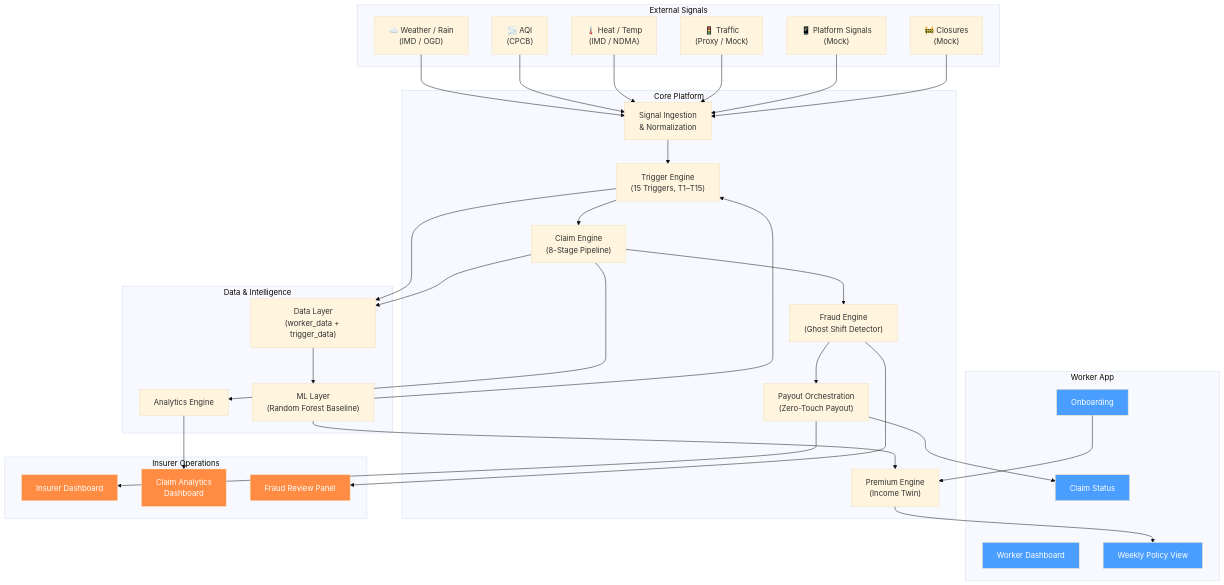
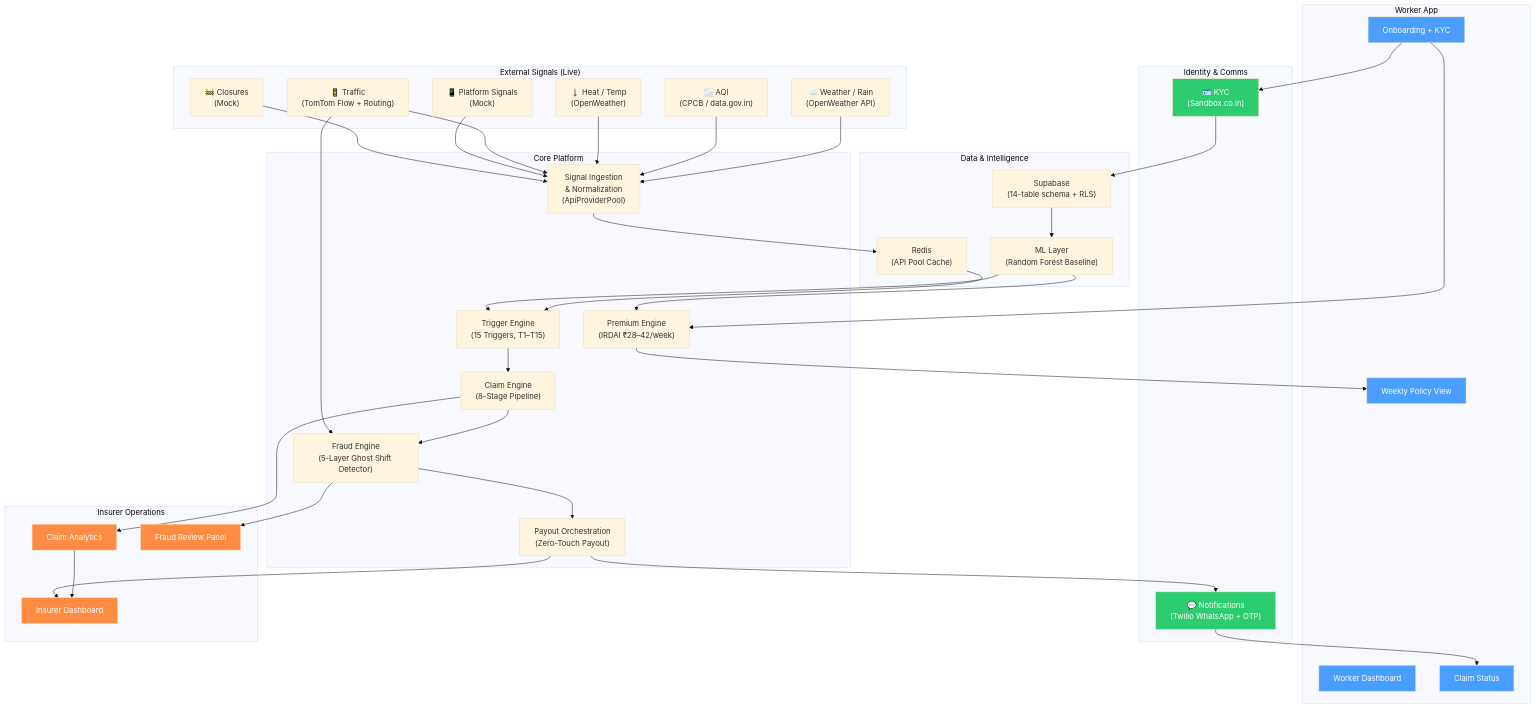
The diagram in docs/diagrams/overall-system-architecture.mmd (Chorko/Celestius_Covara_One_P1), drawn with Mermaid (base theme) before and after one commit. The commit also changed 55 other files, not shown here.

```diff
--- a/docs/diagrams/overall-system-architecture.mmd
+++ b/docs/diagrams/overall-system-architecture.mmd
@@ -1,67 +1,77 @@
 %% Covara One — Unified System Architecture
-%% Status: Target architecture (no code implementation exists yet)
-%% Source: root README.md
+%% Status: Production-ready (Phases 0–6 complete)
+%% Updated: 2026-04-03
 
 graph TB
-    subgraph "External Signals"
-        WX["☁️ Weather / Rain<br/>(IMD / OGD)"]
-        AQ["🌫️ AQI<br/>(CPCB)"]
-        HT["🌡️ Heat / Temp<br/>(IMD / NDMA)"]
-        TR["🚦 Traffic<br/>(Proxy / Mock)"]
+    subgraph "External Signals (Live)"
+        WX["☁️ Weather / Rain<br/>(OpenWeather API)"]
+        AQ["🌫️ AQI<br/>(CPCB / data.gov.in)"]
+        HT["🌡️ Heat / Temp<br/>(OpenWeather)"]
+        TR["🚦 Traffic<br/>(TomTom Flow + Routing)"]
         PL["📱 Platform Signals<br/>(Mock)"]
         CV["🚧 Closures<br/>(Mock)"]
     end
 
+    subgraph "Identity & Comms"
+        KY["🪪 KYC<br/>(Sandbox.co.in)"]
+        TW["💬 Notifications<br/>(Twilio WhatsApp + OTP)"]
+    end
+
     subgraph "Worker App"
-        WO["Onboarding"]
+        WO["Onboarding + KYC"]
         WD["Worker Dashboard"]
         WP["Weekly Policy View"]
         WC["Claim Status"]
     end
 
     subgraph "Core Platform"
-        SI["Signal Ingestion<br/>& Normalization"]
+        SI["Signal Ingestion<br/>& Normalization<br/>(ApiProviderPool)"]
         TE["Trigger Engine<br/>(15 Triggers, T1–T15)"]
         CE["Claim Engine<br/>(8-Stage Pipeline)"]
-        FE["Fraud Engine<br/>(Ghost Shift Detector)"]
-        PE["Premium Engine<br/>(Income Twin)"]
+        FE["Fraud Engine<br/>(5-Layer Ghost Shift Detector)"]
+        PE["Premium Engine<br/>(IRDAI ₹28–42/week)"]
         PO["Payout Orchestration<br/>(Zero-Touch Payout)"]
     end
 
     subgraph "Data & Intelligence"
-        DL["Data Layer<br/>(worker_data + trigger_data)"]
+        DL["Supabase<br/>(14-table schema + RLS)"]
         ML["ML Layer<br/>(Random Forest Baseline)"]
-        AN["Analytics Engine"]
+        RC["Redis<br/>(API Pool Cache)"]
     end
 
     subgraph "Insurer Operations"
         ID["Insurer Dashboard"]
-        AD["Claim Analytics<br/>Dashboard"]
+        AD["Claim Analytics"]
         FR["Fraud Review Panel"]
     end
 
     WX & AQ & HT & TR & PL & CV --> SI
-    SI --> TE
+    SI --> RC
+    RC --> TE
     TE --> CE
     CE --> FE
+    TR --> FE
     FE --> PO
+    WO --> KY
+    KY --> DL
     WO --> PE
     PE --> WP
+    PO --> TW
+    TW --> WC
     DL --> ML
     ML --> PE
     ML --> TE
-    CE --> AN
-    AN --> AD
-    PO --> WC
+    CE --> AD
+    AD --> ID
     PO --> ID
     FE --> FR
-    TE --> DL
-    CE --> DL
 
     style WO fill:#4a9eff,color:#fff
     style WD fill:#4a9eff,color:#fff
     style WP fill:#4a9eff,color:#fff
     style WC fill:#4a9eff,color:#fff
     style ID fill:#ff8c42,color:#fff
     style AD fill:#ff8c42,color:#fff
     style FR fill:#ff8c42,color:#fff
+    style KY fill:#2ecc71,color:#fff
+    style TW fill:#2ecc71,color:#fff
```
